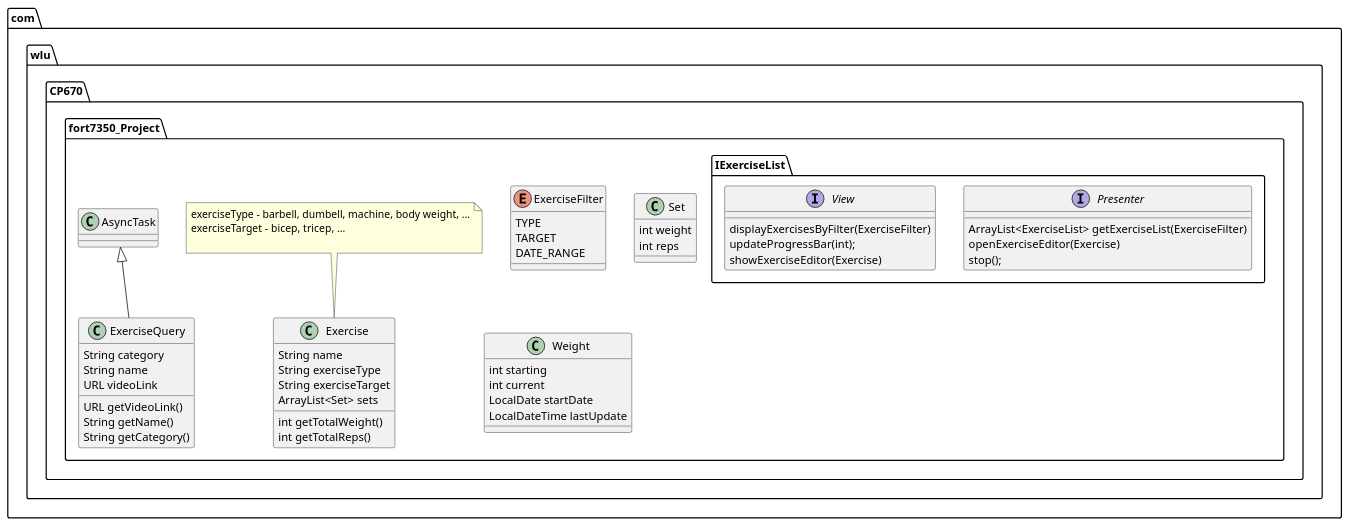
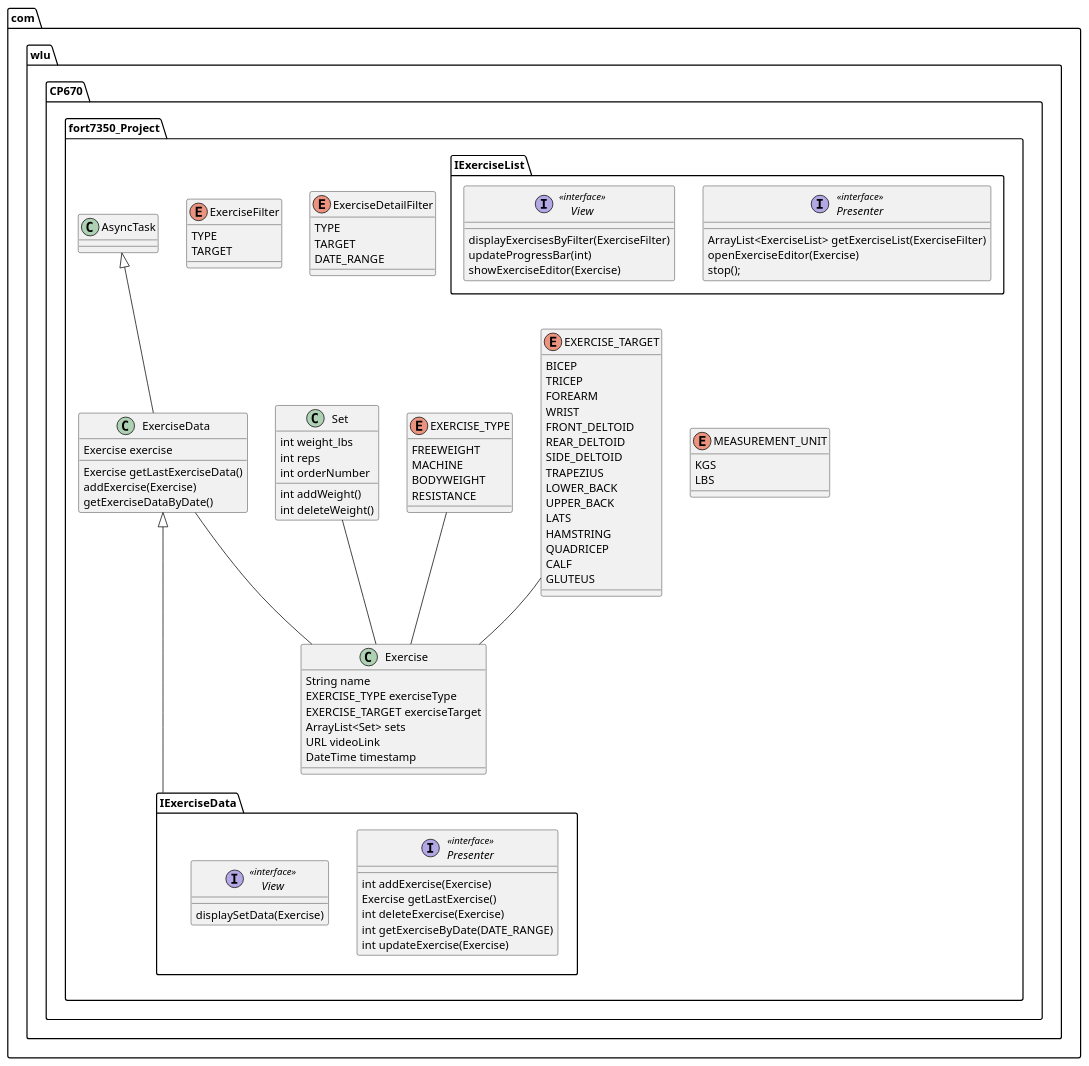
The diagram in app/UML/Classes.puml (afortier12/ExerciseLog), drawn with PlantUML before and after one commit. The commit also changed 55 other files, not shown here.

```diff
--- a/app/UML/Classes.puml
+++ b/app/UML/Classes.puml
@@ -1,63 +1,107 @@
 @startuml
 
 package "com.wlu.CP670.fort7350_Project" {
+
 class Exercise {
 String name
-String exerciseType
-String exerciseTarget
+EXERCISE_TYPE exerciseType
+EXERCISE_TARGET exerciseTarget
 ArrayList<Set> sets
+URL videoLink
+DateTime timestamp
+}
 
-int getTotalWeight()
-int getTotalReps()
-}
-note top
-exerciseType - barbell, dumbell, machine, body weight, ...
-exerciseTarget - bicep, tricep, ...
 
-end note
+EXERCISE_TARGET -- Exercise
+EXERCISE_TYPE -- Exercise
+Set -- Exercise
+ExerciseData -- Exercise
 
-interface IExerciseList.Presenter{
+interface IExerciseList.Presenter <<interface>> {
     ArrayList<ExerciseList> getExerciseList(ExerciseFilter)
     openExerciseEditor(Exercise)
     stop();
 }
 
 
-interface IExerciseList.View{
+interface IExerciseList.View <<interface>> {
     displayExercisesByFilter(ExerciseFilter)
-    updateProgressBar(int);
+    updateProgressBar(int)
     showExerciseEditor(Exercise)
 }
 
+interface IExerciseData.Presenter <<interface>> {
+    int addExercise(Exercise)
+    Exercise getLastExercise()
+    int deleteExercise(Exercise)
+    int getExerciseByDate(DATE_RANGE)
+    int updateExercise(Exercise)
+}
+
+interface IExerciseData.View <<interface>> {
+    displaySetData(Exercise)
+}
+
+enum EXERCISE_TYPE {
+    FREEWEIGHT
+    MACHINE
+    BODYWEIGHT
+    RESISTANCE
+}
+
+ENUM EXERCISE_TARGET {
+    BICEP
+    TRICEP
+    FOREARM
+    WRIST
+    FRONT_DELTOID
+    REAR_DELTOID
+    SIDE_DELTOID
+    TRAPEZIUS
+    LOWER_BACK
+    UPPER_BACK
+    LATS
+    HAMSTRING
+    QUADRICEP
+    CALF
+    GLUTEUS
+}
+
 enum ExerciseFilter{
+    TYPE
+    TARGET
+}
+
+enum ExerciseDetailFilter{
     TYPE
     TARGET
     DATE_RANGE
 }
 
 class Set{
-int weight
+int weight_lbs
 int reps
+int orderNumber
+
+int addWeight()
+int deleteWeight()
 }
 
-AsyncTask <|-- ExerciseQuery
-class ExerciseQuery{
-String category
-String name
-URL videoLink
+AsyncTask <|-- ExerciseData
+ExerciseData <|--- IExerciseData
 
-URL getVideoLink()
-String getName()
-String getCategory()
+class ExerciseData{
+    Exercise exercise
+
+    Exercise getLastExerciseData()
+    addExercise(Exercise)
+    getExerciseDataByDate()
 }
 
-class Weight{
-int starting
-int current
-LocalDate startDate
-LocalDateTime lastUpdate
-
+enum MEASUREMENT_UNIT{
+    KGS
+    LBS
 }
 
-}
+
 @enduml
```
